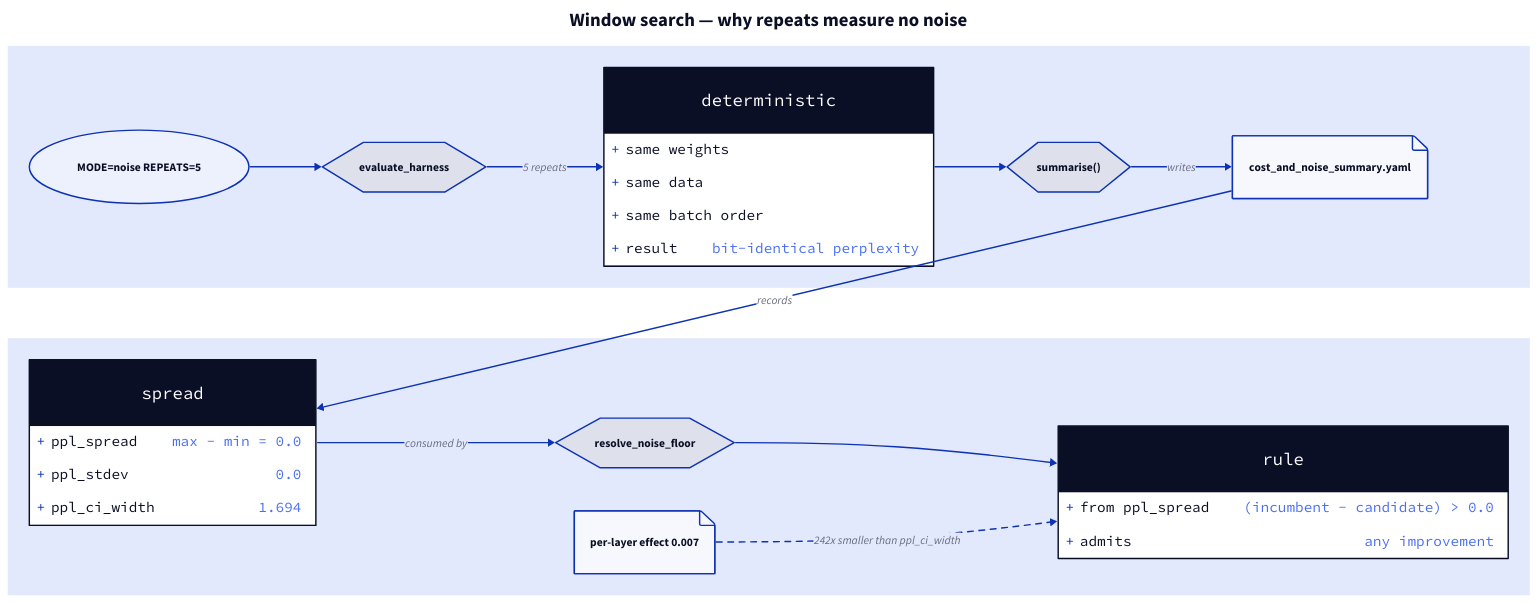
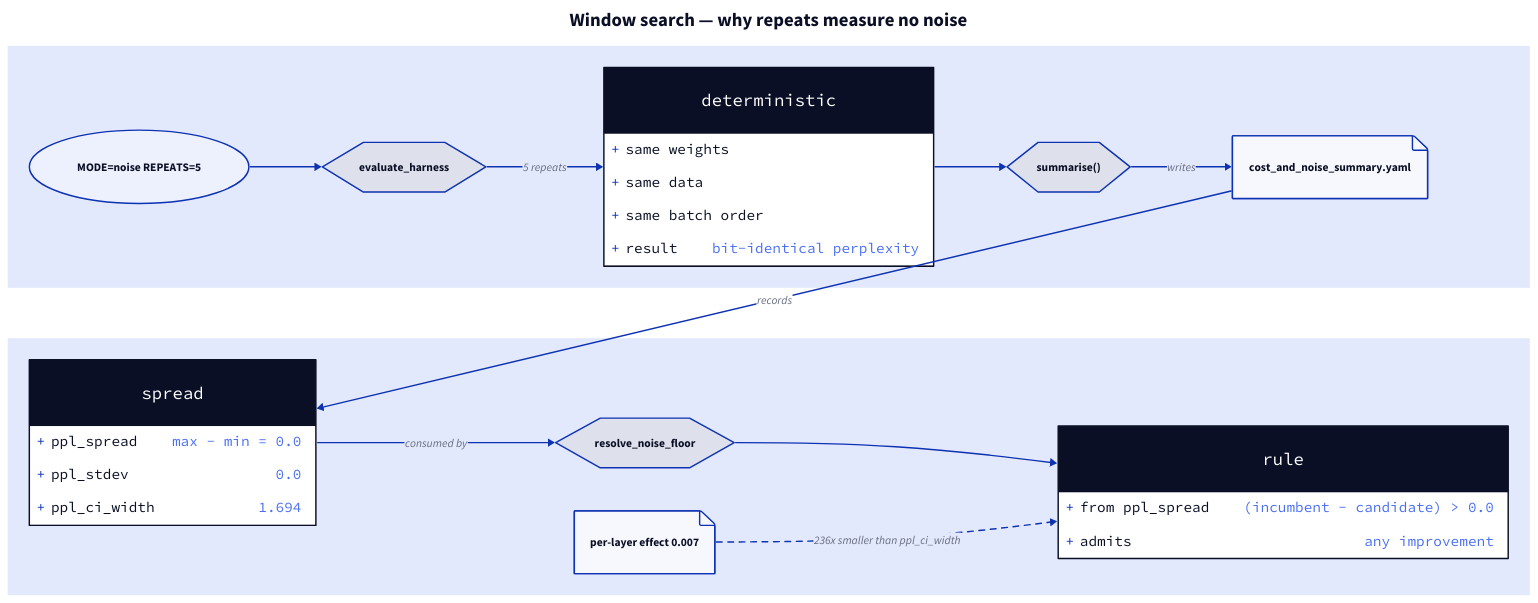
Before and after one commit to samborg-dev/mugi_profiling: the diagram in documentation/window_search_noise.d2, drawn with D2. The commit also changed 23 other files, not shown here.

```diff
--- a/documentation/window_search_noise.d2
+++ b/documentation/window_search_noise.d2
@@ -1,63 +1,63 @@
 grid-rows: 2
 grid-gap: 70
 
 title: Window search — why repeats measure no noise {
   near: top-center
   shape: text
   style: { font-size: 26; bold: true }
 }
 
 # --- row 1: the measurement ---
 measure: "" {
   direction: right
   style.stroke: transparent
 
   run: "MODE=noise REPEATS=5" { shape: oval }
   eval: "evaluate_harness" { shape: hexagon }
 
   deterministic: {
     shape: class
     "same weights": ""
     "same data": ""
     "same batch order": ""
     "result": "bit-identical perplexity"
   }
 
   summarise: "summarise()" { shape: hexagon }
 
   summary: "cost_and_noise_summary.yaml" { shape: page }
 
   run -> eval
   eval -> deterministic: 5 repeats
   deterministic -> summarise
   summarise -> summary: writes
 }
 
 # --- row 2: what consumes it ---
 consume: "" {
   direction: right
   style.stroke: transparent
 
   spread: {
     shape: class
     ppl_spread: "max - min = 0.0"
     ppl_stdev: 0.0
     ppl_ci_width: 1.694
   }
 
   resolve: "resolve_noise_floor" { shape: hexagon }
 
   rule: {
     shape: class
     "from ppl_spread": "(incumbent - candidate) > 0.0"
     "admits": "any improvement"
   }
 
   effect: "per-layer effect 0.007" { shape: page }
 
   spread -> resolve: consumed by
   resolve -> rule
-  effect -> rule: 242x smaller than ppl_ci_width { style.stroke-dash: 4 }
+  effect -> rule: 236x smaller than ppl_ci_width { style.stroke-dash: 4 }
 }
 
 measure.summary -> consume.spread: records
```
